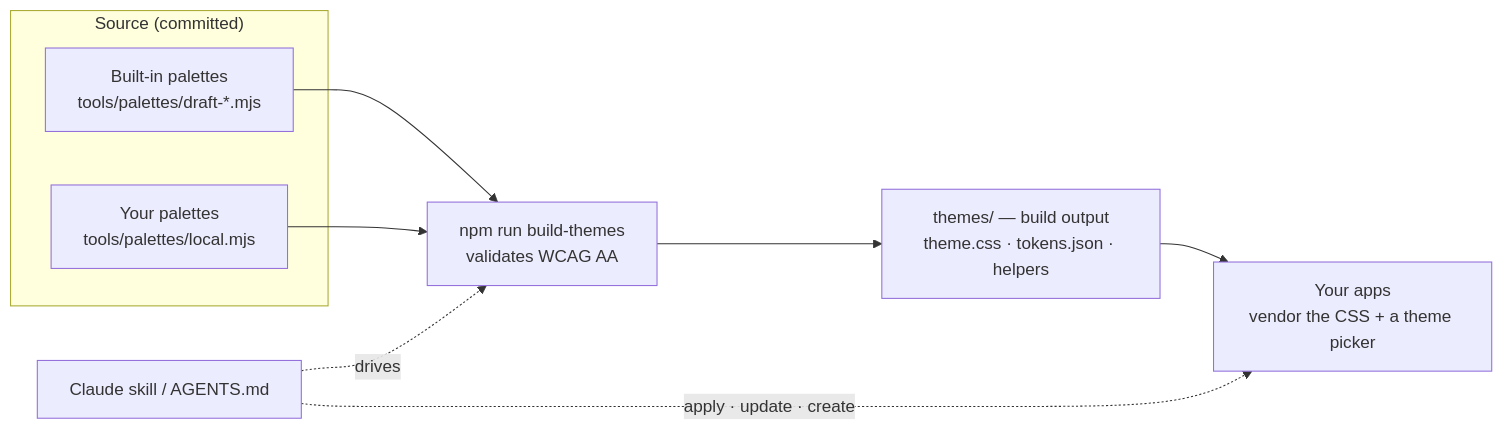
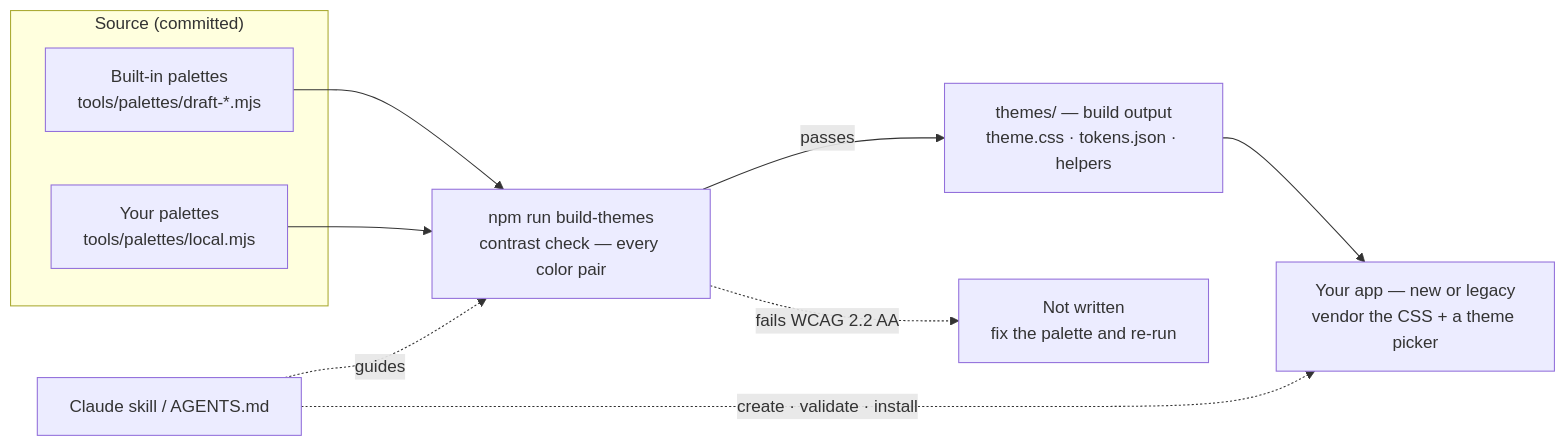
Before and after one commit to kaseycolian/theme-service: the first of 6 diagrams in docs/OVERVIEW.md, drawn with Mermaid. The commit also changed other lines of this file and 11 other files, not shown here.

````diff
--- a/docs/OVERVIEW.md
+++ b/docs/OVERVIEW.md
@@ -28,13 +20,14 @@
 ```mermaid
 flowchart LR
   subgraph SRC["Source (committed)"]
     A["Built-in palettes<br/>tools/palettes/draft-*.mjs"]
     B["Your palettes<br/>tools/palettes/local.mjs"]
   end
-  A --> BUILD["npm run build-themes<br/>validates WCAG AA"]
+  A --> BUILD["npm run build-themes<br/>contrast check — every color pair"]
   B --> BUILD
-  BUILD --> OUT["themes/ — build output<br/>theme.css · tokens.json · helpers"]
-  OUT --> APPS["Your apps<br/>vendor the CSS + a theme picker"]
-  SKILL["Claude skill / AGENTS.md"] -. "apply · update · create" .-> APPS
-  SKILL -. drives .-> BUILD
+  BUILD -->|"passes"| OUT["themes/ — build output<br/>theme.css · tokens.json · helpers"]
+  BUILD -. "fails WCAG 2.2 AA" .-> STOP["Not written<br/>fix the palette and re-run"]
+  OUT --> APPS["Your app — new or legacy<br/>vendor the CSS + a theme picker"]
+  SKILL["Claude skill / AGENTS.md"] -. "create · validate · install" .-> APPS
+  SKILL -. guides .-> BUILD
 ```
````
